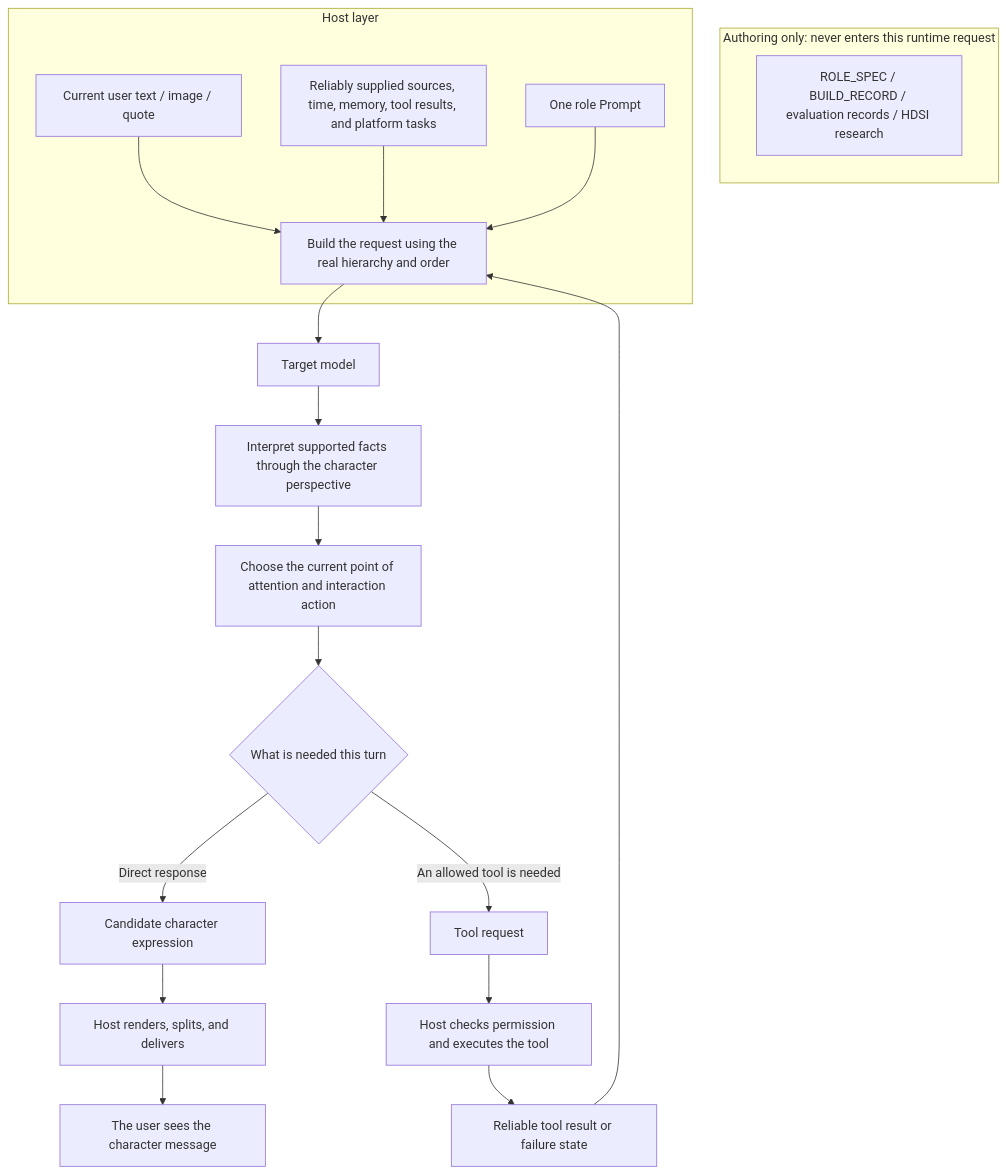
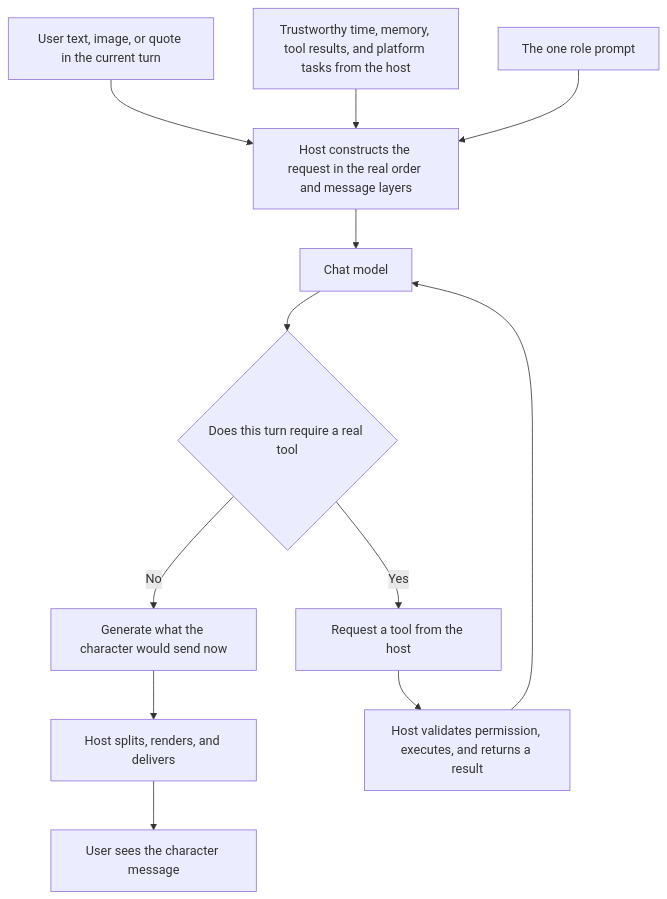
Before and after one commit to Yuimi-chaya/llm-rp-role-prompt-authoring: the second of 2 diagrams in README.en.md, drawn with Mermaid. The commit also changed other lines of this file and 1 other file, not shown here.

````diff
--- a/README.en.md
+++ b/README.en.md
@@ -131,28 +175,14 @@
 ```mermaid
 flowchart TD
-    subgraph AO[Authoring only: never enters this runtime request]
-        A[ROLE_SPEC / BUILD_RECORD / evaluation records / HDSI research]
-    end
-
-    subgraph H[Host layer]
-        U[Current user text / image / quote]
-        C[Reliably supplied sources, time, memory, tool results, and platform tasks]
-        P[One role Prompt]
-        R[Build the request using the real hierarchy and order]
-        U --> R
-        C --> R
-        P --> R
-    end
-
-    R --> M[Target model]
-    M --> V[Interpret supported facts through the character perspective]
-    V --> N[Choose the current point of attention and interaction action]
-    N --> Q{What is needed this turn}
-    Q -->|Direct response| O[Candidate character expression]
-    Q -->|An allowed tool is needed| T[Tool request]
-    T --> X[Host checks permission and executes the tool]
-    X --> Y[Reliable tool result or failure state]
-    Y --> R
-    O --> G[Host renders, splits, and delivers]
-    G --> W[The user sees the character message]
+    U[User text, image, or quote in the current turn] --> H[Host constructs the request in the real order and message layers]
+    C[Trustworthy time, memory, tool results, and platform tasks from the host] --> H
+    P[The one role prompt] --> H
+    H --> M[Chat model]
+    M --> J{Does this turn require a real tool}
+    J -->|No| O[Generate what the character would send now]
+    J -->|Yes| T[Request a tool from the host]
+    T --> V[Host validates permission, executes, and returns a result]
+    V --> M
+    O --> D[Host splits, renders, and delivers]
+    D --> X[User sees the character message]
 ```
````
